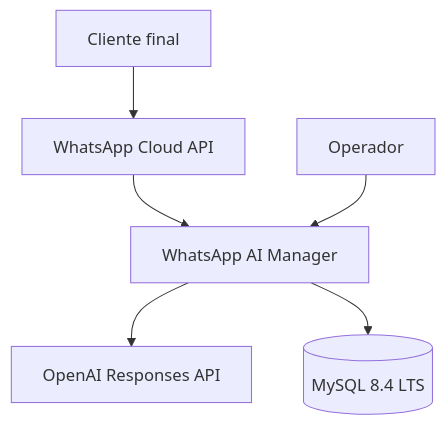
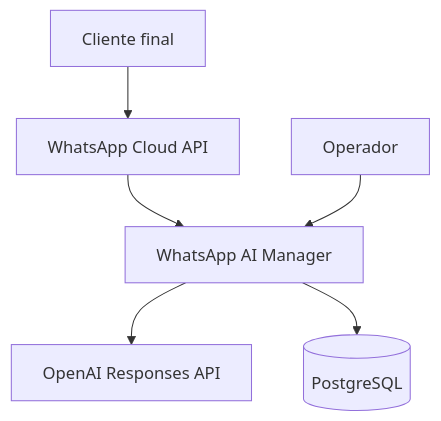
One commit to MelqueLord/WhatsAppAI changed the first of 4 diagrams in docs/architecture/architecture.md. Above: the diagram before and after it, drawn with Mermaid. The commit also changed other lines of this file and 94 other files, not shown here.

Commit message:
Atualiza persistencia PostgreSQL e configuracoes de producao

````diff
--- a/docs/architecture/architecture.md
+++ b/docs/architecture/architecture.md
@@ -5,8 +5,8 @@
 ```mermaid
 flowchart TB
   Customer[Cliente final] --> Meta[WhatsApp Cloud API]
   Meta --> App[WhatsApp AI Manager]
   Operator[Operador] --> App
   App --> OpenAI[OpenAI Responses API]
-  App --> MySQL[(MySQL 8.4 LTS)]
+  App --> PostgreSQL[(PostgreSQL)]
 ```
````
